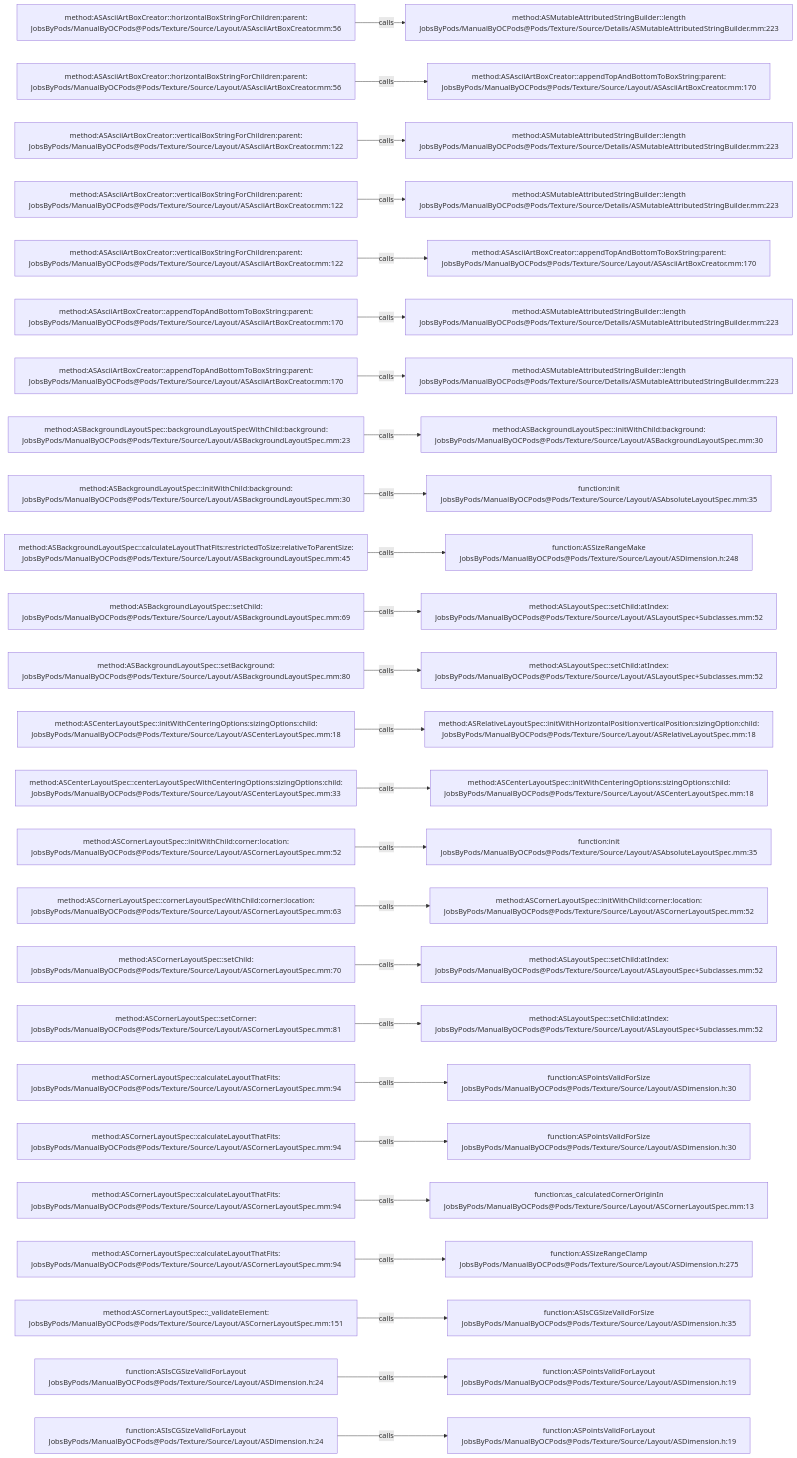
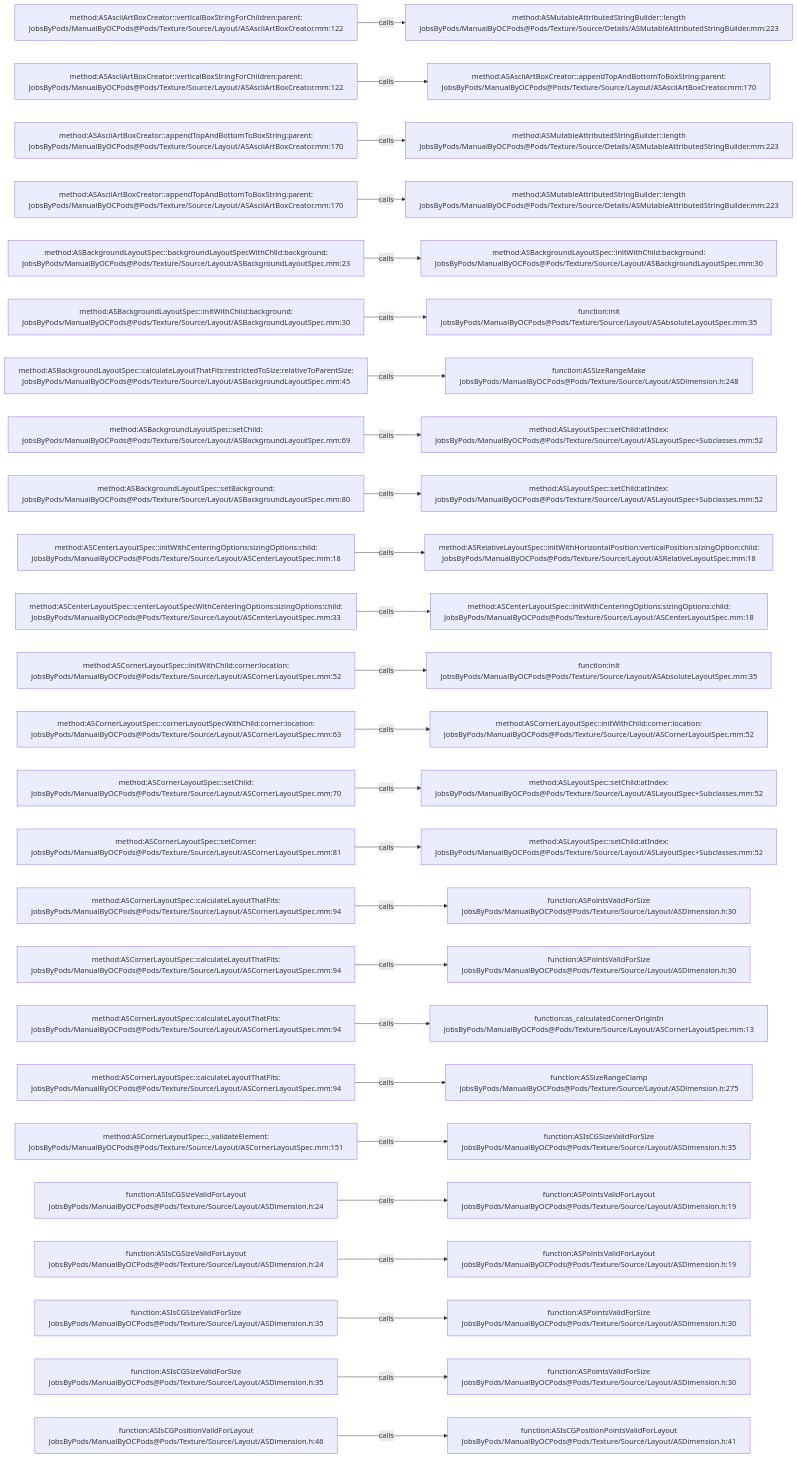
One commit to JobsKits/JobsOCBaseConfigDemo changed the diagram in .codegraph/codegraph.md/graphs/calls-177.md. Above: the diagram before and after it, drawn with Mermaid. The commit also changed 342 other files, not shown here.

````diff
--- a/.codegraph/codegraph.md/graphs/calls-177.md
+++ b/.codegraph/codegraph.md/graphs/calls-177.md
@@ -13,78 +13,78 @@
 ```mermaid
 flowchart LR
-  S1["method:ASAsciiArtBoxCreator::horizontalBoxStringForChildren:parent:<br/>JobsByPods/ManualByOCPods@Pods/Texture/Source/Layout/ASAsciiArtBoxCreator.mm:56"]
+  S1["method:ASAsciiArtBoxCreator::verticalBoxStringForChildren:parent:<br/>JobsByPods/ManualByOCPods@Pods/Texture/Source/Layout/ASAsciiArtBoxCreator.mm:122"]
   T1["method:ASMutableAttributedStringBuilder::length<br/>JobsByPods/ManualByOCPods@Pods/Texture/Source/Details/ASMutableAttributedStringBuilder.mm:223"]
   S1 -->|calls| T1
-  S2["method:ASAsciiArtBoxCreator::horizontalBoxStringForChildren:parent:<br/>JobsByPods/ManualByOCPods@Pods/Texture/Source/Layout/ASAsciiArtBoxCreator.mm:56"]
+  S2["method:ASAsciiArtBoxCreator::verticalBoxStringForChildren:parent:<br/>JobsByPods/ManualByOCPods@Pods/Texture/Source/Layout/ASAsciiArtBoxCreator.mm:122"]
   T2["method:ASAsciiArtBoxCreator::appendTopAndBottomToBoxString:parent:<br/>JobsByPods/ManualByOCPods@Pods/Texture/Source/Layout/ASAsciiArtBoxCreator.mm:170"]
   S2 -->|calls| T2
-  S3["method:ASAsciiArtBoxCreator::verticalBoxStringForChildren:parent:<br/>JobsByPods/ManualByOCPods@Pods/Texture/Source/Layout/ASAsciiArtBoxCreator.mm:122"]
+  S3["method:ASAsciiArtBoxCreator::appendTopAndBottomToBoxString:parent:<br/>JobsByPods/ManualByOCPods@Pods/Texture/Source/Layout/ASAsciiArtBoxCreator.mm:170"]
   T3["method:ASMutableAttributedStringBuilder::length<br/>JobsByPods/ManualByOCPods@Pods/Texture/Source/Details/ASMutableAttributedStringBuilder.mm:223"]
   S3 -->|calls| T3
-  S4["method:ASAsciiArtBoxCreator::verticalBoxStringForChildren:parent:<br/>JobsByPods/ManualByOCPods@Pods/Texture/Source/Layout/ASAsciiArtBoxCreator.mm:122"]
+  S4["method:ASAsciiArtBoxCreator::appendTopAndBottomToBoxString:parent:<br/>JobsByPods/ManualByOCPods@Pods/Texture/Source/Layout/ASAsciiArtBoxCreator.mm:170"]
   T4["method:ASMutableAttributedStringBuilder::length<br/>JobsByPods/ManualByOCPods@Pods/Texture/Source/Details/ASMutableAttributedStringBuilder.mm:223"]
   S4 -->|calls| T4
-  S5["method:ASAsciiArtBoxCreator::verticalBoxStringForChildren:parent:<br/>JobsByPods/ManualByOCPods@Pods/Texture/Source/Layout/ASAsciiArtBoxCreator.mm:122"]
-  T5["method:ASAsciiArtBoxCreator::appendTopAndBottomToBoxString:parent:<br/>JobsByPods/ManualByOCPods@Pods/Texture/Source/Layout/ASAsciiArtBoxCreator.mm:170"]
+  S5["method:ASBackgroundLayoutSpec::backgroundLayoutSpecWithChild:background:<br/>JobsByPods/ManualByOCPods@Pods/Texture/Source/Layout/ASBackgroundLayoutSpec.mm:23"]
+  T5["method:ASBackgroundLayoutSpec::initWithChild:background:<br/>JobsByPods/ManualByOCPods@Pods/Texture/Source/Layout/ASBackgroundLayoutSpec.mm:30"]
   S5 -->|calls| T5
-  S6["method:ASAsciiArtBoxCreator::appendTopAndBottomToBoxString:parent:<br/>JobsByPods/ManualByOCPods@Pods/Texture/Source/Layout/ASAsciiArtBoxCreator.mm:170"]
-  T6["method:ASMutableAttributedStringBuilder::length<br/>JobsByPods/ManualByOCPods@Pods/Texture/Source/Details/ASMutableAttributedStringBuilder.mm:223"]
+  S6["method:ASBackgroundLayoutSpec::initWithChild:background:<br/>JobsByPods/ManualByOCPods@Pods/Texture/Source/Layout/ASBackgroundLayoutSpec.mm:30"]
+  T6["function:init<br/>JobsByPods/ManualByOCPods@Pods/Texture/Source/Layout/ASAbsoluteLayoutSpec.mm:35"]
   S6 -->|calls| T6
-  S7["method:ASAsciiArtBoxCreator::appendTopAndBottomToBoxString:parent:<br/>JobsByPods/ManualByOCPods@Pods/Texture/Source/Layout/ASAsciiArtBoxCreator.mm:170"]
-  T7["method:ASMutableAttributedStringBuilder::length<br/>JobsByPods/ManualByOCPods@Pods/Texture/Source/Details/ASMutableAttributedStringBuilder.mm:223"]
+  S7["method:ASBackgroundLayoutSpec::calculateLayoutThatFits:restrictedToSize:relativeToParentSize:<br/>JobsByPods/ManualByOCPods@Pods/Texture/Source/Layout/ASBackgroundLayoutSpec.mm:45"]
+  T7["function:ASSizeRangeMake<br/>JobsByPods/ManualByOCPods@Pods/Texture/Source/Layout/ASDimension.h:248"]
   S7 -->|calls| T7
-  S8["method:ASBackgroundLayoutSpec::backgroundLayoutSpecWithChild:background:<br/>JobsByPods/ManualByOCPods@Pods/Texture/Source/Layout/ASBackgroundLayoutSpec.mm:23"]
-  T8["method:ASBackgroundLayoutSpec::initWithChild:background:<br/>JobsByPods/ManualByOCPods@Pods/Texture/Source/Layout/ASBackgroundLayoutSpec.mm:30"]
+  S8["method:ASBackgroundLayoutSpec::setChild:<br/>JobsByPods/ManualByOCPods@Pods/Texture/Source/Layout/ASBackgroundLayoutSpec.mm:69"]
+  T8["method:ASLayoutSpec::setChild:atIndex:<br/>JobsByPods/ManualByOCPods@Pods/Texture/Source/Layout/ASLayoutSpec+Subclasses.mm:52"]
   S8 -->|calls| T8
-  S9["method:ASBackgroundLayoutSpec::initWithChild:background:<br/>JobsByPods/ManualByOCPods@Pods/Texture/Source/Layout/ASBackgroundLayoutSpec.mm:30"]
-  T9["function:init<br/>JobsByPods/ManualByOCPods@Pods/Texture/Source/Layout/ASAbsoluteLayoutSpec.mm:35"]
+  S9["method:ASBackgroundLayoutSpec::setBackground:<br/>JobsByPods/ManualByOCPods@Pods/Texture/Source/Layout/ASBackgroundLayoutSpec.mm:80"]
+  T9["method:ASLayoutSpec::setChild:atIndex:<br/>JobsByPods/ManualByOCPods@Pods/Texture/Source/Layout/ASLayoutSpec+Subclasses.mm:52"]
   S9 -->|calls| T9
-  S10["method:ASBackgroundLayoutSpec::calculateLayoutThatFits:restrictedToSize:relativeToParentSize:<br/>JobsByPods/ManualByOCPods@Pods/Texture/Source/Layout/ASBackgroundLayoutSpec.mm:45"]
-  T10["function:ASSizeRangeMake<br/>JobsByPods/ManualByOCPods@Pods/Texture/Source/Layout/ASDimension.h:248"]
+  S10["method:ASCenterLayoutSpec::initWithCenteringOptions:sizingOptions:child:<br/>JobsByPods/ManualByOCPods@Pods/Texture/Source/Layout/ASCenterLayoutSpec.mm:18"]
+  T10["method:ASRelativeLayoutSpec::initWithHorizontalPosition:verticalPosition:sizingOption:child:<br/>JobsByPods/ManualByOCPods@Pods/Texture/Source/Layout/ASRelativeLayoutSpec.mm:18"]
   S10 -->|calls| T10
-  S11["method:ASBackgroundLayoutSpec::setChild:<br/>JobsByPods/ManualByOCPods@Pods/Texture/Source/Layout/ASBackgroundLayoutSpec.mm:69"]
-  T11["method:ASLayoutSpec::setChild:atIndex:<br/>JobsByPods/ManualByOCPods@Pods/Texture/Source/Layout/ASLayoutSpec+Subclasses.mm:52"]
+  S11["method:ASCenterLayoutSpec::centerLayoutSpecWithCenteringOptions:sizingOptions:child:<br/>JobsByPods/ManualByOCPods@Pods/Texture/Source/Layout/ASCenterLayoutSpec.mm:33"]
+  T11["method:ASCenterLayoutSpec::initWithCenteringOptions:sizingOptions:child:<br/>JobsByPods/ManualByOCPods@Pods/Texture/Source/Layout/ASCenterLayoutSpec.mm:18"]
   S11 -->|calls| T11
-  S12["method:ASBackgroundLayoutSpec::setBackground:<br/>JobsByPods/ManualByOCPods@Pods/Texture/Source/Layout/ASBackgroundLayoutSpec.mm:80"]
-  T12["method:ASLayoutSpec::setChild:atIndex:<br/>JobsByPods/ManualByOCPods@Pods/Texture/Source/Layout/ASLayoutSpec+Subclasses.mm:52"]
+  S12["method:ASCornerLayoutSpec::initWithChild:corner:location:<br/>JobsByPods/ManualByOCPods@Pods/Texture/Source/Layout/ASCornerLayoutSpec.mm:52"]
+  T12["function:init<br/>JobsByPods/ManualByOCPods@Pods/Texture/Source/Layout/ASAbsoluteLayoutSpec.mm:35"]
   S12 -->|calls| T12
-  S13["method:ASCenterLayoutSpec::initWithCenteringOptions:sizingOptions:child:<br/>JobsByPods/ManualByOCPods@Pods/Texture/Source/Layout/ASCenterLayoutSpec.mm:18"]
-  T13["method:ASRelativeLayoutSpec::initWithHorizontalPosition:verticalPosition:sizingOption:child:<br/>JobsByPods/ManualByOCPods@Pods/Texture/Source/Layout/ASRelativeLayoutSpec.mm:18"]
+  S13["method:ASCornerLayoutSpec::cornerLayoutSpecWithChild:corner:location:<br/>JobsByPods/ManualByOCPods@Pods/Texture/Source/Layout/ASCornerLayoutSpec.mm:63"]
+  T13["method:ASCornerLayoutSpec::initWithChild:corner:location:<br/>JobsByPods/ManualByOCPods@Pods/Texture/Source/Layout/ASCornerLayoutSpec.mm:52"]
   S13 -->|calls| T13
-  S14["method:ASCenterLayoutSpec::centerLayoutSpecWithCenteringOptions:sizingOptions:child:<br/>JobsByPods/ManualByOCPods@Pods/Texture/Source/Layout/ASCenterLayoutSpec.mm:33"]
-  T14["method:ASCenterLayoutSpec::initWithCenteringOptions:sizingOptions:child:<br/>JobsByPods/ManualByOCPods@Pods/Texture/Source/Layout/ASCenterLayoutSpec.mm:18"]
+  S14["method:ASCornerLayoutSpec::setChild:<br/>JobsByPods/ManualByOCPods@Pods/Texture/Source/Layout/ASCornerLayoutSpec.mm:70"]
+  T14["method:ASLayoutSpec::setChild:atIndex:<br/>JobsByPods/ManualByOCPods@Pods/Texture/Source/Layout/ASLayoutSpec+Subclasses.mm:52"]
   S14 -->|calls| T14
-  S15["method:ASCornerLayoutSpec::initWithChild:corner:location:<br/>JobsByPods/ManualByOCPods@Pods/Texture/Source/Layout/ASCornerLayoutSpec.mm:52"]
-  T15["function:init<br/>JobsByPods/ManualByOCPods@Pods/Texture/Source/Layout/ASAbsoluteLayoutSpec.mm:35"]
+  S15["method:ASCornerLayoutSpec::setCorner:<br/>JobsByPods/ManualByOCPods@Pods/Texture/Source/Layout/ASCornerLayoutSpec.mm:81"]
+  T15["method:ASLayoutSpec::setChild:atIndex:<br/>JobsByPods/ManualByOCPods@Pods/Texture/Source/Layout/ASLayoutSpec+Subclasses.mm:52"]
   S15 -->|calls| T15
-  S16["method:ASCornerLayoutSpec::cornerLayoutSpecWithChild:corner:location:<br/>JobsByPods/ManualByOCPods@Pods/Texture/Source/Layout/ASCornerLayoutSpec.mm:63"]
-  T16["method:ASCornerLayoutSpec::initWithChild:corner:location:<br/>JobsByPods/ManualByOCPods@Pods/Texture/Source/Layout/ASCornerLayoutSpec.mm:52"]
+  S16["method:ASCornerLayoutSpec::calculateLayoutThatFits:<br/>JobsByPods/ManualByOCPods@Pods/Texture/Source/Layout/ASCornerLayoutSpec.mm:94"]
+  T16["function:ASPointsValidForSize<br/>JobsByPods/ManualByOCPods@Pods/Texture/Source/Layout/ASDimension.h:30"]
   S16 -->|calls| T16
-  S17["method:ASCornerLayoutSpec::setChild:<br/>JobsByPods/ManualByOCPods@Pods/Texture/Source/Layout/ASCornerLayoutSpec.mm:70"]
-  T17["method:ASLayoutSpec::setChild:atIndex:<br/>JobsByPods/ManualByOCPods@Pods/Texture/Source/Layout/ASLayoutSpec+Subclasses.mm:52"]
+  S17["method:ASCornerLayoutSpec::calculateLayoutThatFits:<br/>JobsByPods/ManualByOCPods@Pods/Texture/Source/Layout/ASCornerLayoutSpec.mm:94"]
+  T17["function:ASPointsValidForSize<br/>JobsByPods/ManualByOCPods@Pods/Texture/Source/Layout/ASDimension.h:30"]
   S17 -->|calls| T17
-  S18["method:ASCornerLayoutSpec::setCorner:<br/>JobsByPods/ManualByOCPods@Pods/Texture/Source/Layout/ASCornerLayoutSpec.mm:81"]
-  T18["method:ASLayoutSpec::setChild:atIndex:<br/>JobsByPods/ManualByOCPods@Pods/Texture/Source/Layout/ASLayoutSpec+Subclasses.mm:52"]
+  S18["method:ASCornerLayoutSpec::calculateLayoutThatFits:<br/>JobsByPods/ManualByOCPods@Pods/Texture/Source/Layout/ASCornerLayoutSpec.mm:94"]
+  T18["function:as_calculatedCornerOriginIn<br/>JobsByPods/ManualByOCPods@Pods/Texture/Source/Layout/ASCornerLayoutSpec.mm:13"]
   S18 -->|calls| T18
   S19["method:ASCornerLayoutSpec::calculateLayoutThatFits:<br/>JobsByPods/ManualByOCPods@Pods/Texture/Source/Layout/ASCornerLayoutSpec.mm:94"]
-  T19["function:ASPointsValidForSize<br/>JobsByPods/ManualByOCPods@Pods/Texture/Source/Layout/ASDimension.h:30"]
+  T19["function:ASSizeRangeClamp<br/>JobsByPods/ManualByOCPods@Pods/Texture/Source/Layout/ASDimension.h:275"]
   S19 -->|calls| T19
-  S20["method:ASCornerLayoutSpec::calculateLayoutThatFits:<br/>JobsByPods/ManualByOCPods@Pods/Texture/Source/Layout/ASCornerLayoutSpec.mm:94"]
-  T20["function:ASPointsValidForSize<br/>JobsByPods/ManualByOCPods@Pods/Texture/Source/Layout/ASDimension.h:30"]
+  S20["method:ASCornerLayoutSpec::_validateElement:<br/>JobsByPods/ManualByOCPods@Pods/Texture/Source/Layout/ASCornerLayoutSpec.mm:151"]
+  T20["function:ASIsCGSizeValidForSize<br/>JobsByPods/ManualByOCPods@Pods/Texture/Source/Layout/ASDimension.h:35"]
   S20 -->|calls| T20
-  S21["method:ASCornerLayoutSpec::calculateLayoutThatFits:<br/>JobsByPods/ManualByOCPods@Pods/Texture/Source/Layout/ASCornerLayoutSpec.mm:94"]
-  T21["function:as_calculatedCornerOriginIn<br/>JobsByPods/ManualByOCPods@Pods/Texture/Source/Layout/ASCornerLayoutSpec.mm:13"]
+  S21["function:ASIsCGSizeValidForLayout<br/>JobsByPods/ManualByOCPods@Pods/Texture/Source/Layout/ASDimension.h:24"]
+  T21["function:ASPointsValidForLayout<br/>JobsByPods/ManualByOCPods@Pods/Texture/Source/Layout/ASDimension.h:19"]
   S21 -->|calls| T21
-  S22["method:ASCornerLayoutSpec::calculateLayoutThatFits:<br/>JobsByPods/ManualByOCPods@Pods/Texture/Source/Layout/ASCornerLayoutSpec.mm:94"]
-  T22["function:ASSizeRangeClamp<br/>JobsByPods/ManualByOCPods@Pods/Texture/Source/Layout/ASDimension.h:275"]
+  S22["function:ASIsCGSizeValidForLayout<br/>JobsByPods/ManualByOCPods@Pods/Texture/Source/Layout/ASDimension.h:24"]
+  T22["function:ASPointsValidForLayout<br/>JobsByPods/ManualByOCPods@Pods/Texture/Source/Layout/ASDimension.h:19"]
   S22 -->|calls| T22
-  S23["method:ASCornerLayoutSpec::_validateElement:<br/>JobsByPods/ManualByOCPods@Pods/Texture/Source/Layout/ASCornerLayoutSpec.mm:151"]
-  T23["function:ASIsCGSizeValidForSize<br/>JobsByPods/ManualByOCPods@Pods/Texture/Source/Layout/ASDimension.h:35"]
+  S23["function:ASIsCGSizeValidForSize<br/>JobsByPods/ManualByOCPods@Pods/Texture/Source/Layout/ASDimension.h:35"]
+  T23["function:ASPointsValidForSize<br/>JobsByPods/ManualByOCPods@Pods/Texture/Source/Layout/ASDimension.h:30"]
   S23 -->|calls| T23
-  S24["function:ASIsCGSizeValidForLayout<br/>JobsByPods/ManualByOCPods@Pods/Texture/Source/Layout/ASDimension.h:24"]
-  T24["function:ASPointsValidForLayout<br/>JobsByPods/ManualByOCPods@Pods/Texture/Source/Layout/ASDimension.h:19"]
+  S24["function:ASIsCGSizeValidForSize<br/>JobsByPods/ManualByOCPods@Pods/Texture/Source/Layout/ASDimension.h:35"]
+  T24["function:ASPointsValidForSize<br/>JobsByPods/ManualByOCPods@Pods/Texture/Source/Layout/ASDimension.h:30"]
   S24 -->|calls| T24
-  S25["function:ASIsCGSizeValidForLayout<br/>JobsByPods/ManualByOCPods@Pods/Texture/Source/Layout/ASDimension.h:24"]
-  T25["function:ASPointsValidForLayout<br/>JobsByPods/ManualByOCPods@Pods/Texture/Source/Layout/ASDimension.h:19"]
+  S25["function:ASIsCGPositionValidForLayout<br/>JobsByPods/ManualByOCPods@Pods/Texture/Source/Layout/ASDimension.h:46"]
+  T25["function:ASIsCGPositionPointsValidForLayout<br/>JobsByPods/ManualByOCPods@Pods/Texture/Source/Layout/ASDimension.h:41"]
   S25 -->|calls| T25
 ```
````
